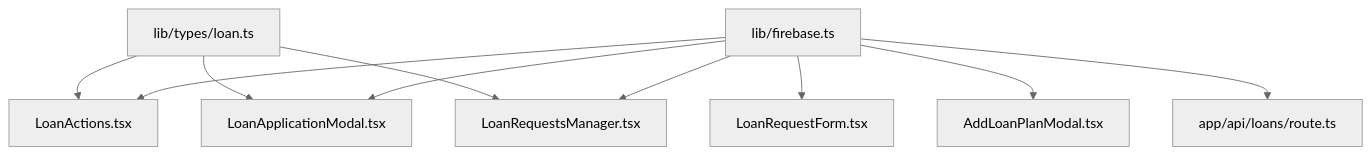
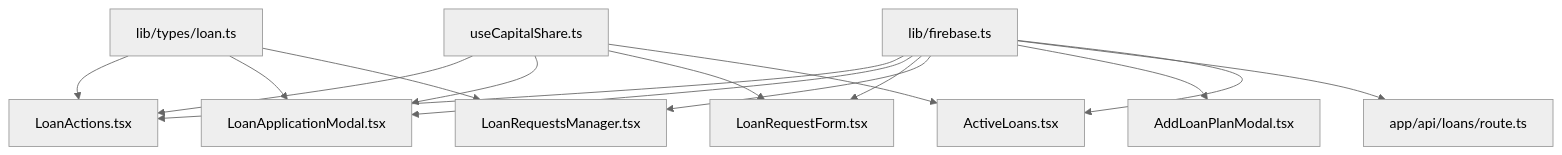
Diagram 11 of 11 in .qoder/repowiki/en/content/Loan Management System/Loan Application Workflow.md (Unsure-bry/sampacoop_system), drawn with Mermaid (neutral theme) before and after one commit. The commit also changed other lines of this file and 6 other files, not shown here.

````diff
--- a/.qoder/repowiki/en/content/Loan Management System/Loan Application Workflow.md
+++ b/.qoder/repowiki/en/content/Loan Management System/Loan Application Workflow.md
@@ -327,12 +441,17 @@
 ```mermaid
 graph TB
 Types["lib/types/loan.ts"] --> LA["LoanActions.tsx"]
 Types --> LAM["LoanApplicationModal.tsx"]
 Types --> LRM["LoanRequestsManager.tsx"]
 FB["lib/firebase.ts"] --> LA
 FB --> LAM
 FB --> LR["LoanRequestForm.tsx"]
 FB --> LRM
 FB --> ALPM["AddLoanPlanModal.tsx"]
 FB --> API["app/api/loans/route.ts"]
+FB --> AL["ActiveLoans.tsx"]
+CS["useCapitalShare.ts"] --> LA
+CS --> LAM
+CS --> LR
+CS --> AL
 ```
````
